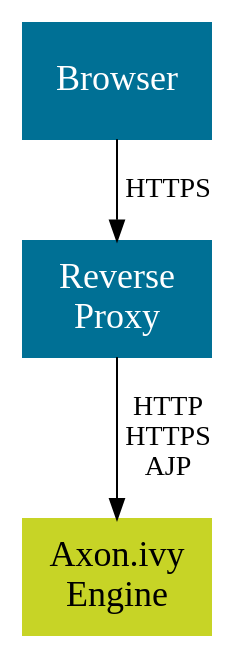
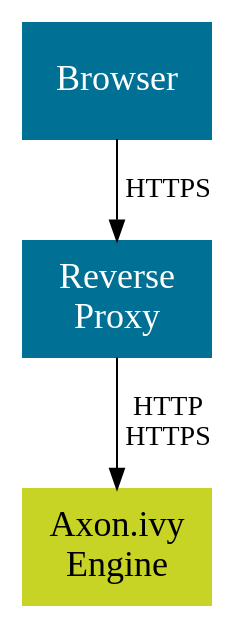
Before and after one commit to bernhardAxonIvy/doc: the diagram in source/engine-guide/integration/reverse-proxy/overview.dot, drawn with Graphviz. The commit also changed 7 other files, not shown here.

```diff
--- a/source/engine-guide/integration/reverse-proxy/overview.dot
+++ b/source/engine-guide/integration/reverse-proxy/overview.dot
@@ -1,19 +1,19 @@
 
 digraph overview {
   node [
     shape=box, 
     style=filled,
     margin=0 width=2 height=0.8
     fontcolor="white",    
     color="#007095",
     fixedsize=true,
     fontsize=18
   ];
 
   browser [ label="Browser", pos = "0,2.5!", width="1.3" height="0.8"];
   reverseproxy [ label="Reverse\nProxy", pos="3,2.5!" width="1.3" height="0.8"]
   engine [label="Axon.ivy\nEngine", pos="6,2.5!", height="0.8", width="1.3", color="#C7D426", fontcolor="black"];
   
   browser -> reverseproxy [ label="HTTPS"];
-  reverseproxy -> engine [ label="HTTP\nHTTPS\nAJP" ];
+  reverseproxy -> engine [ label="HTTP\nHTTPS" ];
 }
```
